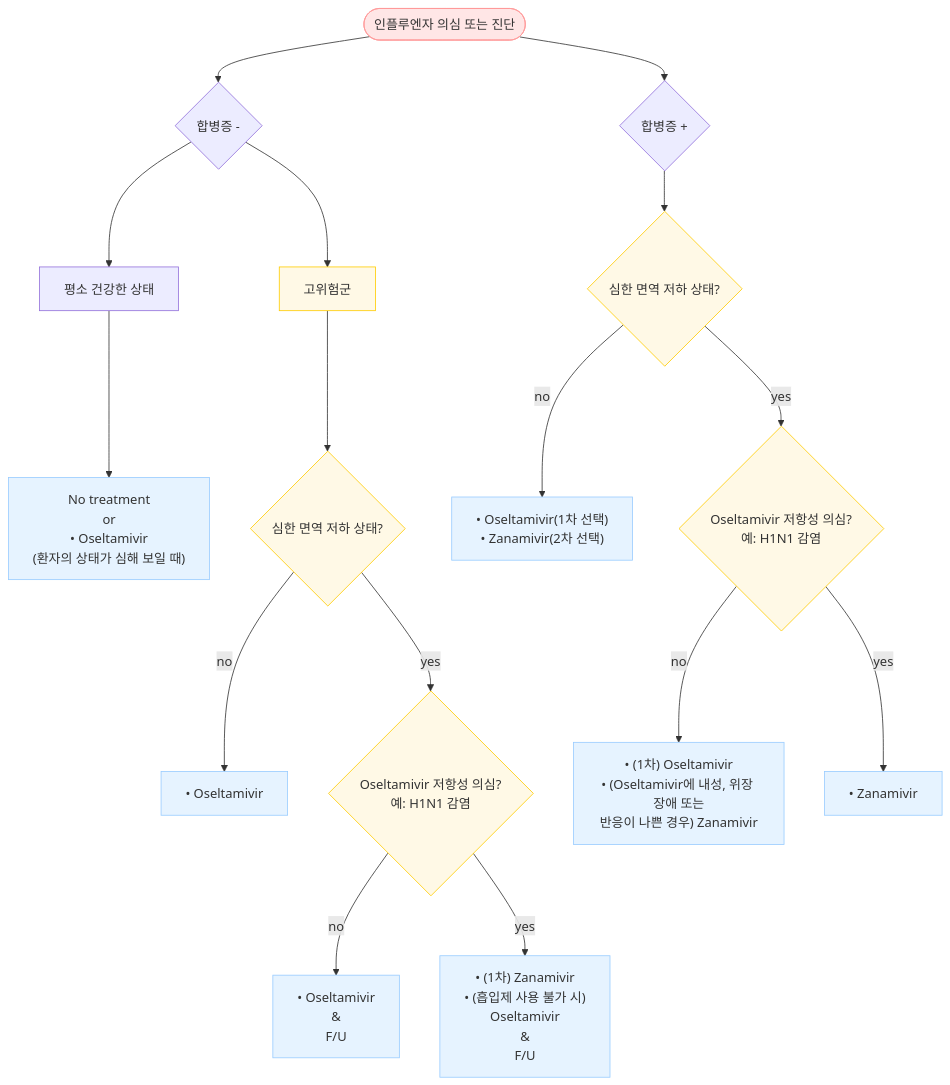
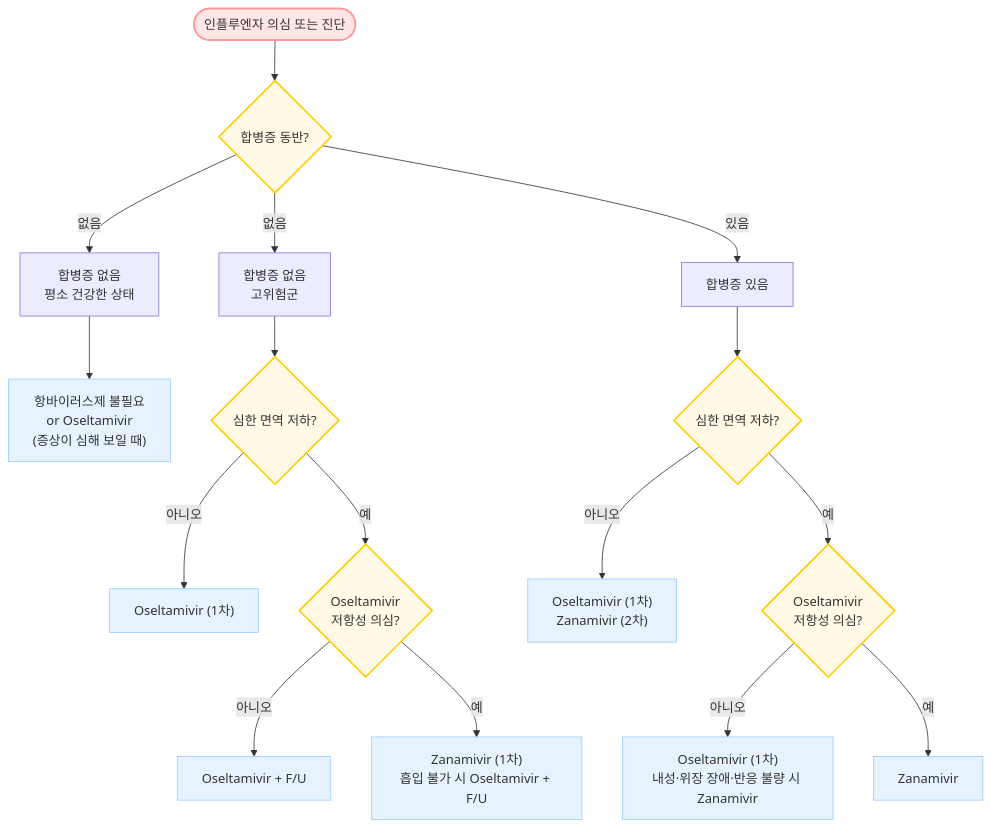
One commit to familyoh77/familyoh77 changed the diagram in 223_/069_-influenza.md. Above: the diagram before and after it, drawn with Mermaid. The commit also changed other lines of this file and 4 other files, not shown here.

````diff
--- a/223_/069_-influenza.md
+++ b/223_/069_-influenza.md
@@ -179,66 +123,57 @@
 ```mermaid
 graph TD
-    %% 노드 정의
     Start([인플루엔자 의심 또는 진단])
     
-    CompNo{합병증 -}
-    CompYes{합병증 +}
+    Comp{합병증 동반?}
     
-    Healthy[평소 건강한 상태]
-    HighRisk[고위험군]
+    Healthy["합병증 없음<br/>평소 건강한 상태"]
+    HighRisk["합병증 없음<br/>고위험군"]
+    CompYes["합병증 있음"]
     
-    Immune1{심한 면역 저하 상태?}
-    Immune2{심한 면역 저하 상태?}
+    Immune1{심한 면역 저하?}
+    Immune2{심한 면역 저하?}
     
-    Resist1{Oseltamivir 저항성 의심?<br/>예: H1N1 감염}
-    Resist2{Oseltamivir 저항성 의심?<br/>예: H1N1 감염}
+    Resist1{Oseltamivir<br/>저항성 의심?}
+    Resist2{Oseltamivir<br/>저항성 의심?}
     
-    %% 결과 노드
-    Res_Healthy["No treatment<br/>or<br/>• Oseltamivir<br/>(환자의 상태가 심해 보일 때)"]
-    Res_Immune1_No["• Oseltamivir"]
-    Res_Resist1_No["• Oseltamivir<br/>&<br/>F/U"]
-    Res_Resist1_Yes["• (1차) Zanamivir<br/>• (흡입제 사용 불가 시)<br/>Oseltamivir<br/>&<br/>F/U"]
+    Res_Healthy["항바이러스제 불필요<br/>or Oseltamivir<br/>(증상이 심해 보일 때)"]
+    Res_NoImmune["Oseltamivir (1차)"]
+    Res_Resist1_No["Oseltamivir + F/U"]
+    Res_Resist1_Yes["Zanamivir (1차)<br/>흡입 불가 시 Oseltamivir + F/U"]
     
-    Res_Immune2_No["• Oseltamivir(1차 선택)<br/>• Zanamivir(2차 선택)"]
-    Res_Resist2_No["• (1차) Oseltamivir<br/>• (Oseltamivir에 내성, 위장 장애 또는<br/>반응이 나쁜 경우) Zanamivir"]
-    Res_Resist2_Yes["• Zanamivir"]
+    Res_Immune2_No["Oseltamivir (1차)<br/>Zanamivir (2차)"]
+    Res_Resist2_No["Oseltamivir (1차)<br/>내성·위장 장애·반응 불량 시 Zanamivir"]
+    Res_Resist2_Yes["Zanamivir"]
 
-    %% 연결 관계
-    Start --> CompNo
-    Start --> CompYes
-    
-    CompNo --> Healthy
-    CompNo --> HighRisk
+    Start --> Comp
+    Comp -- 없음 --> Healthy
+    Comp -- 없음 --> HighRisk
+    Comp -- 있음 --> CompYes
     
     Healthy --> Res_Healthy
-    
     HighRisk --> Immune1
-    Immune1 -- no --> Res_Immune1_No
-    Immune1 -- yes --> Resist1
-    
-    Resist1 -- no --> Res_Resist1_No
-    Resist1 -- yes --> Res_Resist1_Yes
+    Immune1 -- 아니오 --> Res_NoImmune
+    Immune1 -- 예 --> Resist1
+    Resist1 -- 아니오 --> Res_Resist1_No
+    Resist1 -- 예 --> Res_Resist1_Yes
     
     CompYes --> Immune2
-    Immune2 -- no --> Res_Immune2_No
-    Immune2 -- yes --> Resist2
-    
-    Resist2 -- no --> Res_Resist2_No
-    Resist2 -- yes --> Res_Resist2_Yes
+    Immune2 -- 아니오 --> Res_Immune2_No
+    Immune2 -- 예 --> Resist2
+    Resist2 -- 아니오 --> Res_Resist2_No
+    Resist2 -- 예 --> Res_Resist2_Yes
 
-    %% 스타일링
-    style Start fill:#ffe6e6,stroke:#ff9999
-    style HighRisk fill:#fff9e6,stroke:#ffcc00
-    style Immune1 fill:#fff9e6,stroke:#ffcc00
-    style Immune2 fill:#fff9e6,stroke:#ffcc00
-    style Resist1 fill:#fff9e6,stroke:#ffcc00
-    style Resist2 fill:#fff9e6,stroke:#ffcc00
-    
+    style Start fill:#ffe6e6,stroke:#ff9999,stroke-width:2px
+    style Comp fill:#fff9e6,stroke:#ffcc00,stroke-width:2px
+    style Immune1 fill:#fff9e6,stroke:#ffcc00,stroke-width:2px
+    style Immune2 fill:#fff9e6,stroke:#ffcc00,stroke-width:2px
+    style Resist1 fill:#fff9e6,stroke:#ffcc00,stroke-width:2px
+    style Resist2 fill:#fff9e6,stroke:#ffcc00,stroke-width:2px
     style Res_Healthy fill:#e6f3ff,stroke:#99ccff
-    style Res_Immune1_No fill:#e6f3ff,stroke:#99ccff
+    style Res_NoImmune fill:#e6f3ff,stroke:#99ccff
     style Res_Resist1_No fill:#e6f3ff,stroke:#99ccff
     style Res_Resist1_Yes fill:#e6f3ff,stroke:#99ccff
     style Res_Immune2_No fill:#e6f3ff,stroke:#99ccff
     style Res_Resist2_No fill:#e6f3ff,stroke:#99ccff
     style Res_Resist2_Yes fill:#e6f3ff,stroke:#99ccff
 ```
````
